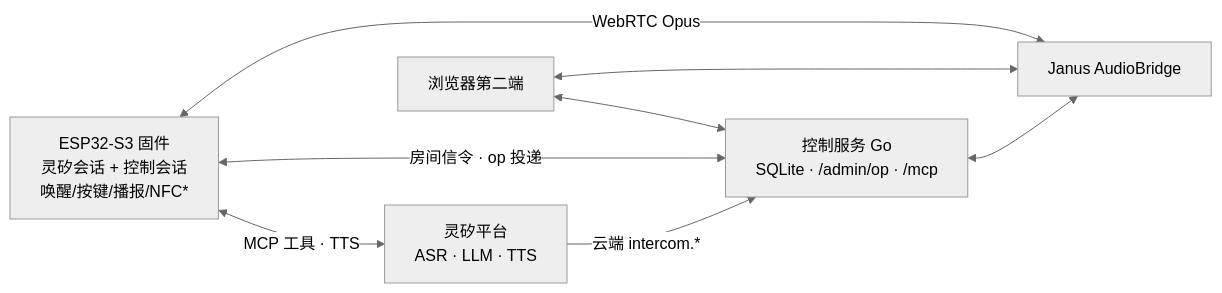
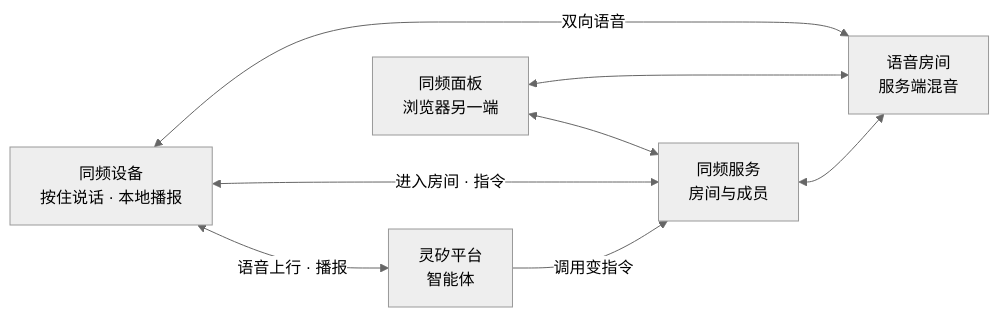
Before and after one commit to Shi1xin/linx-intercom: the diagram in README.md, drawn with Mermaid (neutral theme). The commit also changed other lines of this file, not shown here.

````diff
--- a/README.md
+++ b/README.md
@@ -24,10 +19,10 @@
 ```mermaid
 flowchart LR
-    D["ESP32-S3 固件<br/>灵矽会话 + 控制会话<br/>唤醒/按键/播报/NFC*"] <-->|MCP 工具 · TTS| P["灵矽平台<br/>ASR · LLM · TTS"]
-    D <-->|房间信令 · op 投递| C["控制服务 Go<br/>SQLite · /admin/op · /mcp"]
-    B["浏览器第二端"] <--> C
-    D <-->|WebRTC Opus| J["Janus AudioBridge"]
+    D["同频设备<br/>按住说话 · 本地播报"] <-->|语音上行 · 播报| P["灵矽平台<br/>智能体"]
+    D <-->|进入房间 · 指令| C["同频服务<br/>房间与成员"]
+    B["同频面板<br/>浏览器另一端"] <--> C
+    D <-->|双向语音| J["语音房间<br/>服务端混音"]
     B <--> J
     C <--> J
-    P -->|云端 intercom.*| C
+    P -->|调用变指令| C
 ```
````
